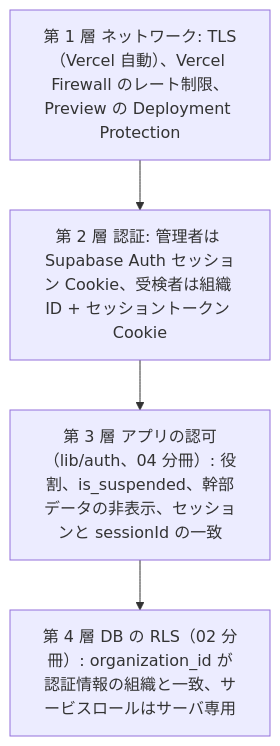
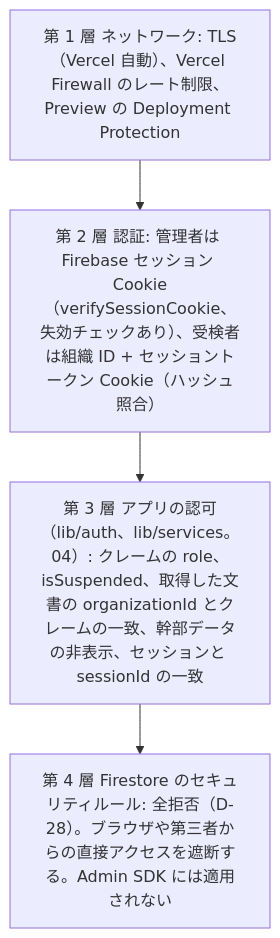
One commit to tanukichiyamaguchi/Tekisei-Kensa changed the seventh of 7 diagrams in docs/基本設計/01_システム構成.md. Above: the diagram before and after it, drawn with Mermaid. The commit also changed other lines of this file and 2 other files, not shown here.

First line of the commit message:
作業中: 01・04・08 を Firebase 前提に改版（途中経過 2）

````diff
--- a/docs/基本設計/01_システム構成.md
+++ b/docs/基本設計/01_システム構成.md
@@ -1052,8 +1374,8 @@
 ```mermaid
 flowchart TB
     L1["第 1 層 ネットワーク: TLS（Vercel 自動）、Vercel Firewall のレート制限、Preview の Deployment Protection"]
-    L2["第 2 層 認証: 管理者は Supabase Auth セッション Cookie、受検者は組織 ID + セッショントークン Cookie"]
-    L3["第 3 層 アプリの認可（lib/auth、04 分冊）: 役割、is_suspended、幹部データの非表示、セッションと sessionId の一致"]
-    L4["第 4 層 DB の RLS（02 分冊）: organization_id が認証情報の組織と一致、サービスロールはサーバ専用"]
+    L2["第 2 層 認証: 管理者は Firebase セッション Cookie（verifySessionCookie、失効チェックあり）、受検者は組織 ID + セッショントークン Cookie（ハッシュ照合）"]
+    L3["第 3 層 アプリの認可（lib/auth、lib/services。04）: クレームの role、isSuspended、取得した文書の organizationId とクレームの一致、幹部データの非表示、セッションと sessionId の一致"]
+    L4["第 4 層 Firestore のセキュリティルール: 全拒否（D-28）。ブラウザや第三者からの直接アクセスを遮断する。Admin SDK には適用されない"]
     L1 --> L2 --> L3 --> L4
 ```
````
